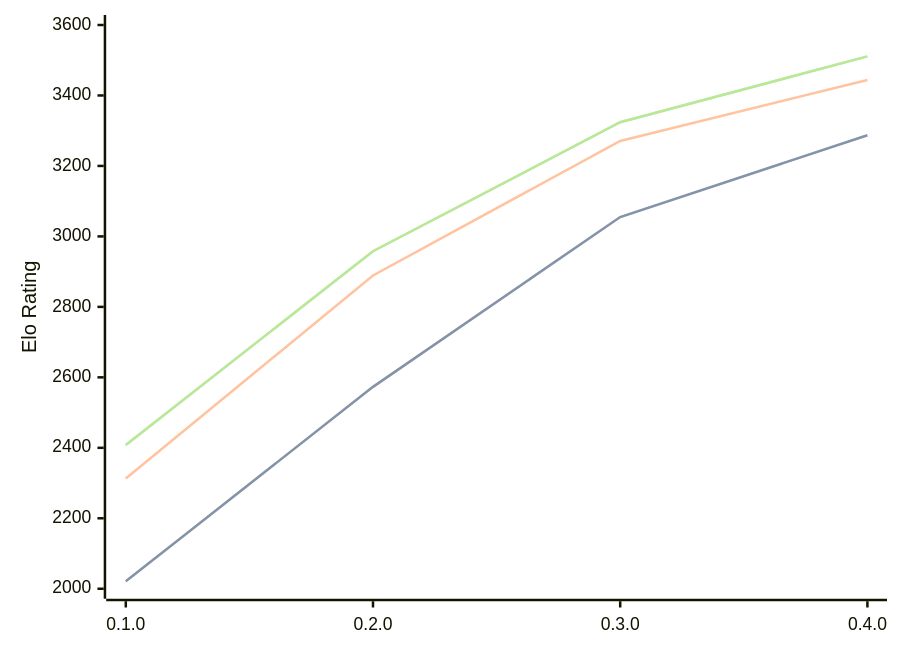
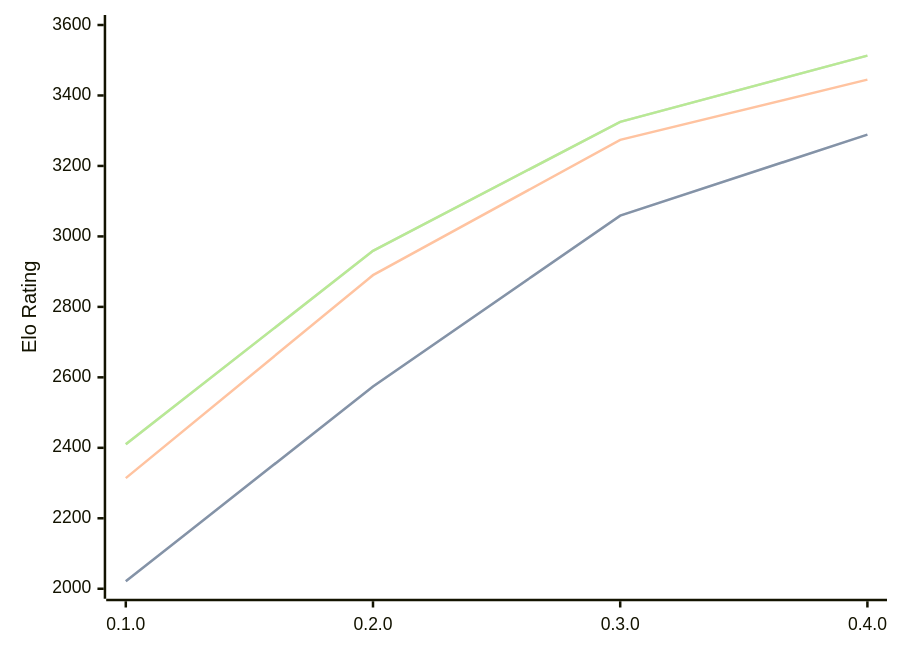
Before and after one commit to computer-chess-index/cci: the diagram in engines/Justbot.md, drawn with Mermaid. The commit also changed other lines of this file, not shown here.

Commit message:
Update CCI Ratings (ELO VLTC) - 2026-09-01

````diff
--- a/engines/Justbot.md
+++ b/engines/Justbot.md
@@ -34,11 +34,11 @@
 ```mermaid
 %%{init: {"theme":"base","themeVariables":{"seriesColors:['#a3a3a3','#222221','#faa371']}}}%%
 xychart-beta
   x-axis ["0.1.0", "0.2.0", "0.3.0", "0.4.0"]
   y-axis "Elo Rating" 2000 --> 3600
-  line "" [2021, 2573, 3055, 3287]
-  line "STC (8.0+0.08s)" [2021, 2573, 3055, 3287]
-  line "LTC (60.0+0.60s)" [2313, 2889, 3271, 3444]
-  line "" [2408, 2958, 3324, 3511]
-  line "VLTC (2m24s+1.12s)" [2408, 2958, 3324, 3511]
+  line "" [2021, 2574, 3059, 3289]
+  line "STC (8.0+0.08s)" [2021, 2574, 3059, 3289]
+  line "LTC (60.0+0.60s)" [2314, 2890, 3274, 3445]
+  line "" [2410, 2959, 3325, 3513]
+  line "VLTC (2m24s+1.12s)" [2410, 2959, 3325, 3513]
 ```
````
